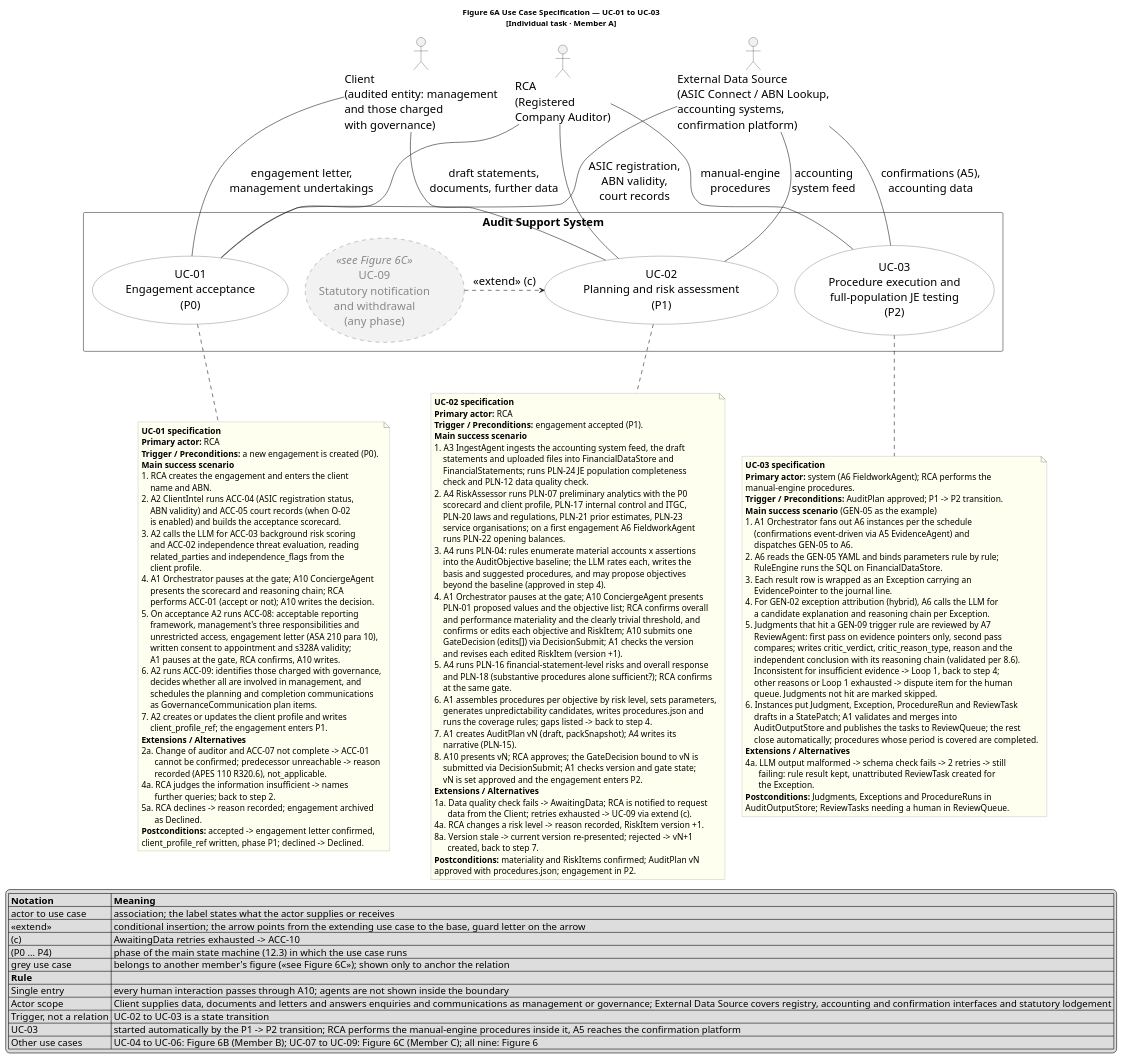
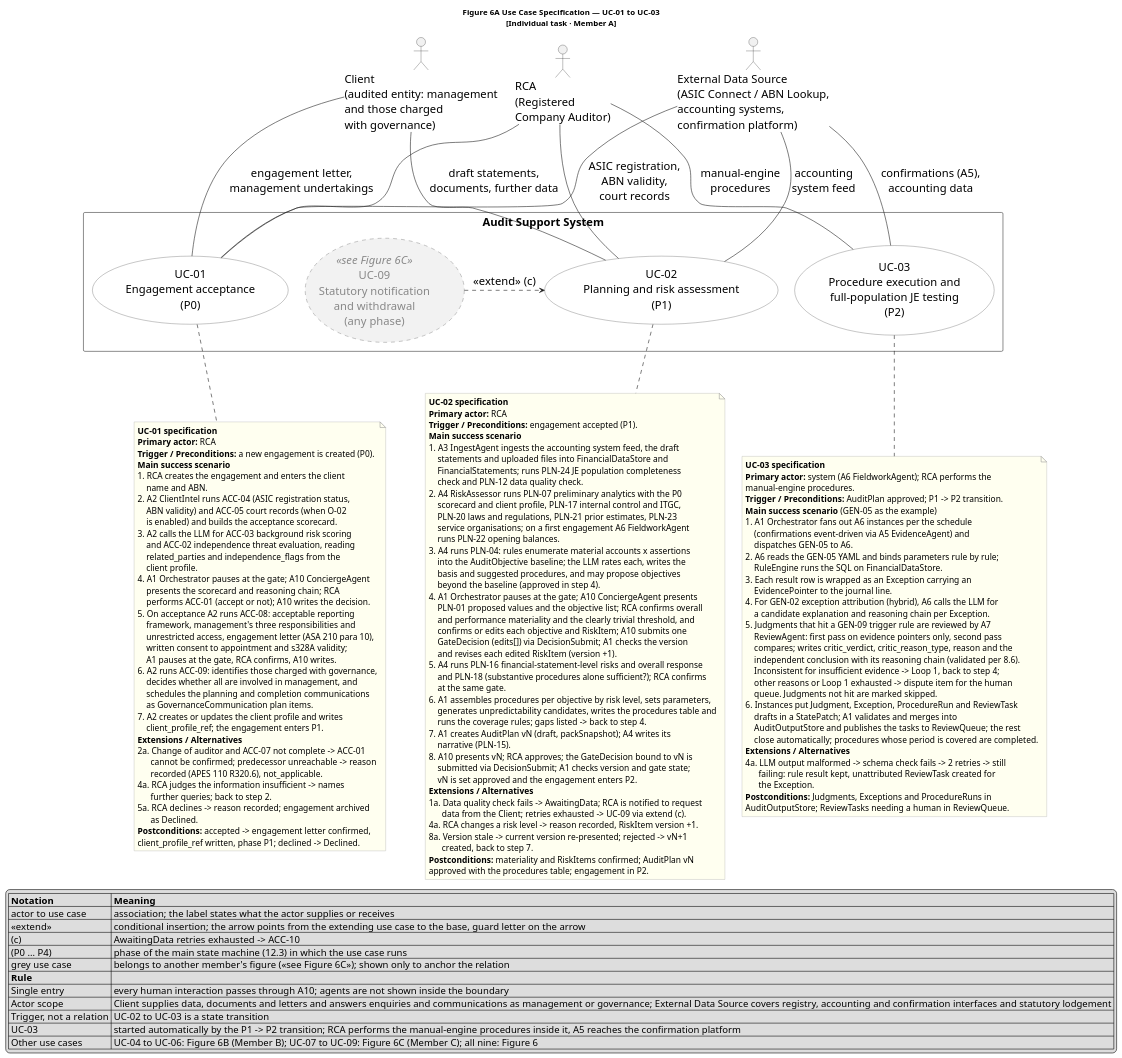
One commit to SilverHim/audit-agent changed the diagram in diagrams/usecase_spec_member_a.puml. Above: the diagram before and after it, drawn with PlantUML. The commit also changed 203 other files, not shown here.

```diff
--- a/diagrams/usecase_spec_member_a.puml
+++ b/diagrams/usecase_spec_member_a.puml
@@ -121,7 +121,7 @@
     and PLN-18 (substantive procedures alone sufficient?); RCA confirms
     at the same gate.
 6. A1 assembles procedures per objective by risk level, sets parameters,
-    generates unpredictability candidates, writes procedures.json and
+    generates unpredictability candidates, writes the procedures table and
     runs the coverage rules; gaps listed -> back to step 4.
 7. A1 creates AuditPlan vN (draft, packSnapshot); A4 writes its
     narrative (PLN-15).
@@ -135,7 +135,7 @@
 8a. Version stale -> current version re-presented; rejected -> vN+1
       created, back to step 7.
 **Postconditions:** materiality and RiskItems confirmed; AuditPlan vN
-approved with procedures.json; engagement in P2.
+approved with the procedures table; engagement in P2.
 end note
 
 note as N03
```
